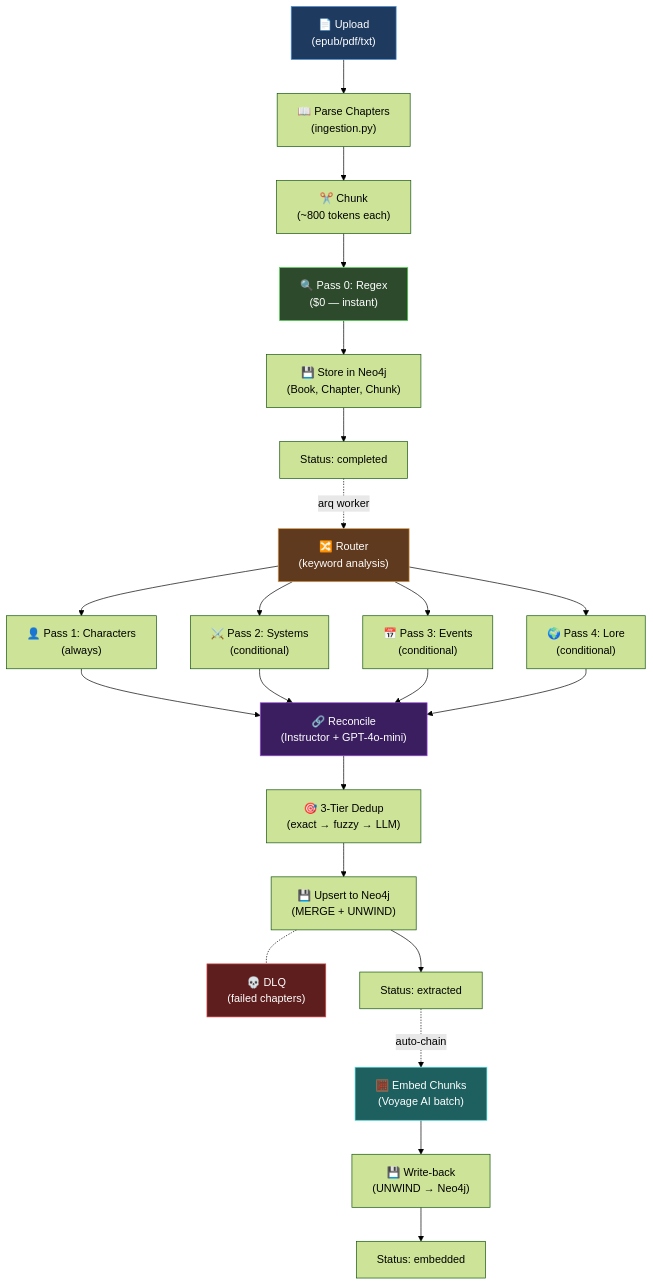
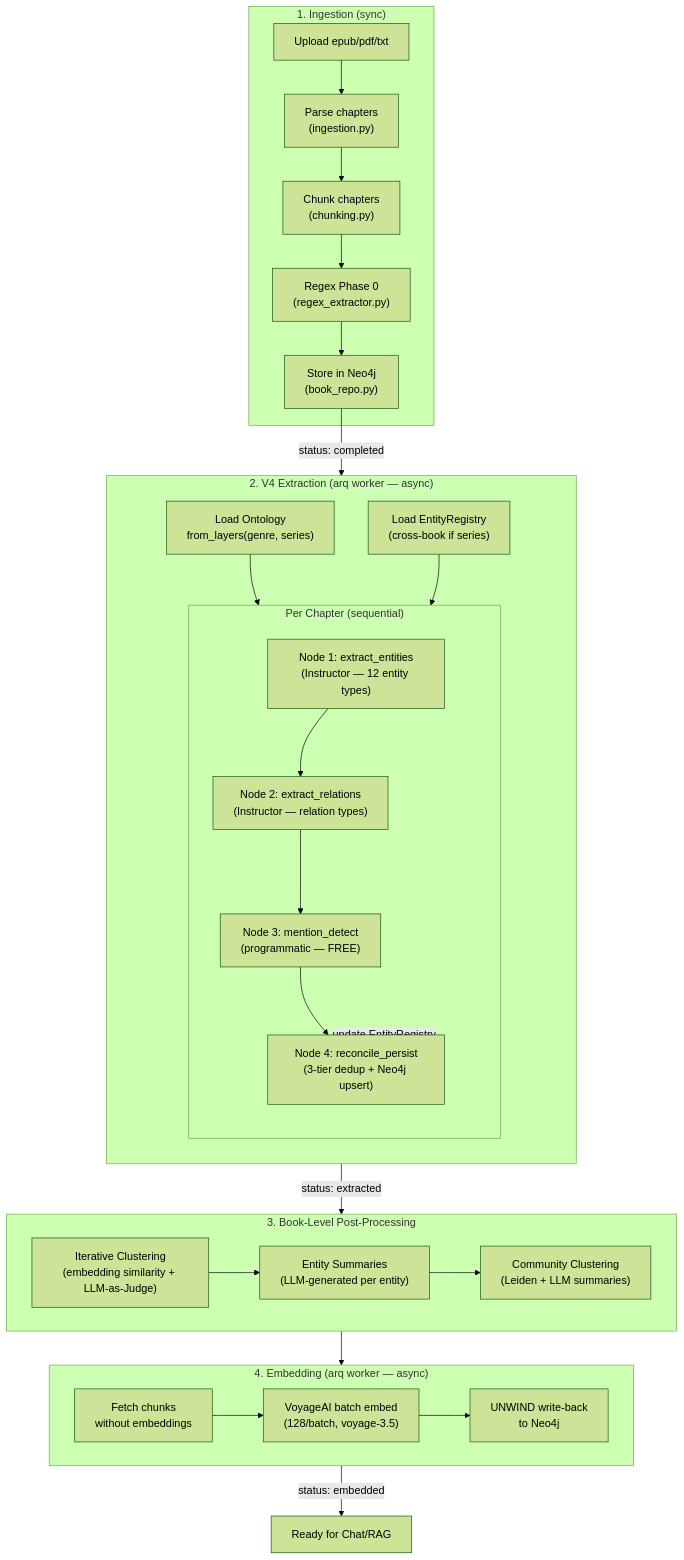
Before and after one commit to xairon/WorldRAG: the first of 8 diagrams in docs/extraction-pipeline.md, drawn with Mermaid (forest theme). The commit also changed other lines of this file, not shown here.

Commit message:
docs: comprehensive V4 extraction pipeline documentation

````diff
--- a/docs/extraction-pipeline.md
+++ b/docs/extraction-pipeline.md
@@ -33,39 +59,49 @@
 ```mermaid
 flowchart TB
-    Upload["📄 Upload<br/>(epub/pdf/txt)"]
-    Parse["📖 Parse Chapters<br/>(ingestion.py)"]
-    Chunk["✂️ Chunk<br/>(~800 tokens each)"]
-    Regex["🔍 Pass 0: Regex<br/>($0 — instant)"]
-    Store["💾 Store in Neo4j<br/>(Book, Chapter, Chunk)"]
-    Status1["Status: completed"]
+    subgraph Ingestion["1. Ingestion (sync)"]
+        Upload["Upload epub/pdf/txt"]
+        Parse["Parse chapters<br/>(ingestion.py)"]
+        Chunk["Chunk chapters<br/>(chunking.py)"]
+        Regex0["Regex Phase 0<br/>(regex_extractor.py)"]
+        Store["Store in Neo4j<br/>(book_repo.py)"]
+        Upload --> Parse --> Chunk --> Regex0 --> Store
+    end
 
-    Route["🔀 Router<br/>(keyword analysis)"]
-    P1["👤 Pass 1: Characters<br/>(always)"]
-    P2["⚔️ Pass 2: Systems<br/>(conditional)"]
-    P3["📅 Pass 3: Events<br/>(conditional)"]
-    P4["🌍 Pass 4: Lore<br/>(conditional)"]
-    Reconcile["🔗 Reconcile<br/>(Instructor + GPT-4o-mini)"]
-    Dedup["🎯 3-Tier Dedup<br/>(exact → fuzzy → LLM)"]
-    Upsert["💾 Upsert to Neo4j<br/>(MERGE + UNWIND)"]
-    DLQ["💀 DLQ<br/>(failed chapters)"]
-    Status2["Status: extracted"]
+    subgraph Extraction["2. V4 Extraction (arq worker — async)"]
+        direction TB
+        LoadOntology["Load Ontology<br/>from_layers(genre, series)"]
+        LoadRegistry["Load EntityRegistry<br/>(cross-book if series)"]
 
-    Embed["🧮 Embed Chunks<br/>(Voyage AI batch)"]
-    WriteBack["💾 Write-back<br/>(UNWIND → Neo4j)"]
-    Status3["Status: embedded"]
+        subgraph PerChapter["Per Chapter (sequential)"]
+            direction TB
+            Node1["Node 1: extract_entities<br/>(Instructor — 12 entity types)"]
+            Node2["Node 2: extract_relations<br/>(Instructor — relation types)"]
+            Node3["Node 3: mention_detect<br/>(programmatic — FREE)"]
+            Node4["Node 4: reconcile_persist<br/>(3-tier dedup + Neo4j upsert)"]
+            Node1 --> Node2 --> Node3 --> Node4
+        end
 
-    Upload --> Parse --> Chunk --> Regex --> Store --> Status1
-    Status1 -.-> |"arq worker"| Route
-    Route --> P1 & P2 & P3 & P4
-    P1 & P2 & P3 & P4 --> Reconcile --> Dedup --> Upsert
-    Upsert --> Status2
-    Upsert -.- DLQ
-    Status2 -.-> |"auto-chain"| Embed --> WriteBack --> Status3
+        LoadOntology --> PerChapter
+        LoadRegistry --> PerChapter
+        Node4 -->|"update EntityRegistry"| PerChapter
+    end
 
-    style Upload fill:#1e3a5f,stroke:#4a90d9,color:#fff
-    style Regex fill:#2d4a2d,stroke:#4ad94a,color:#fff
-    style Route fill:#5f3a1e,stroke:#d99a4a,color:#fff
-    style Reconcile fill:#3a1e5f,stroke:#9a4ad9,color:#fff
-    style DLQ fill:#5f1e1e,stroke:#d94a4a,color:#fff
-    style Embed fill:#1e5f5f,stroke:#4ad9d9,color:#fff
+    subgraph PostProcess["3. Book-Level Post-Processing"]
+        Cluster["Iterative Clustering<br/>(embedding similarity + LLM-as-Judge)"]
+        Summaries["Entity Summaries<br/>(LLM-generated per entity)"]
+        Communities["Community Clustering<br/>(Leiden + LLM summaries)"]
+        Cluster --> Summaries --> Communities
+    end
+
+    subgraph Embedding["4. Embedding (arq worker — async)"]
+        FetchChunks["Fetch chunks<br/>without embeddings"]
+        VoyageBatch["VoyageAI batch embed<br/>(128/batch, voyage-3.5)"]
+        WriteBack["UNWIND write-back<br/>to Neo4j"]
+        FetchChunks --> VoyageBatch --> WriteBack
+    end
+
+    Store -->|"status: completed"| Extraction
+    Extraction -->|"status: extracted"| PostProcess
+    PostProcess --> Embedding
+    Embedding -->|"status: embedded"| Done["Ready for Chat/RAG"]
 ```
````
